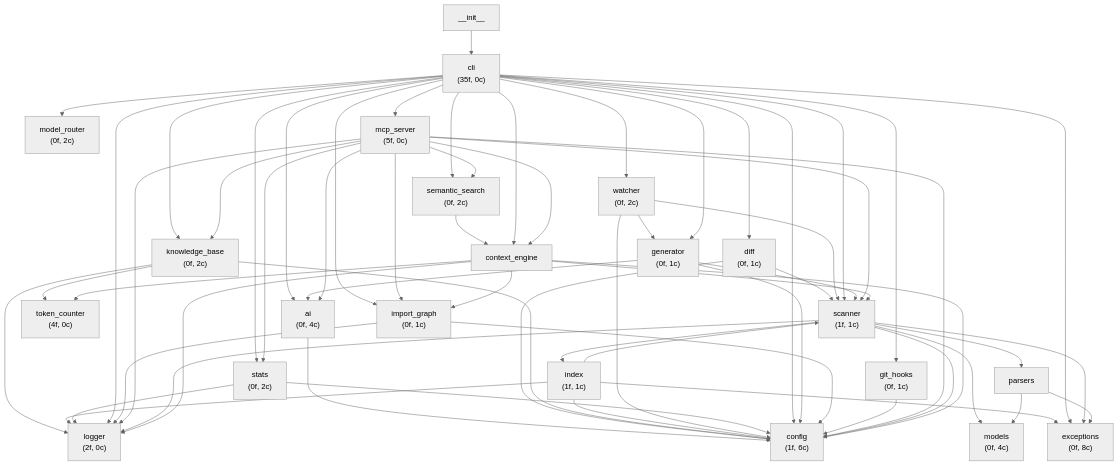
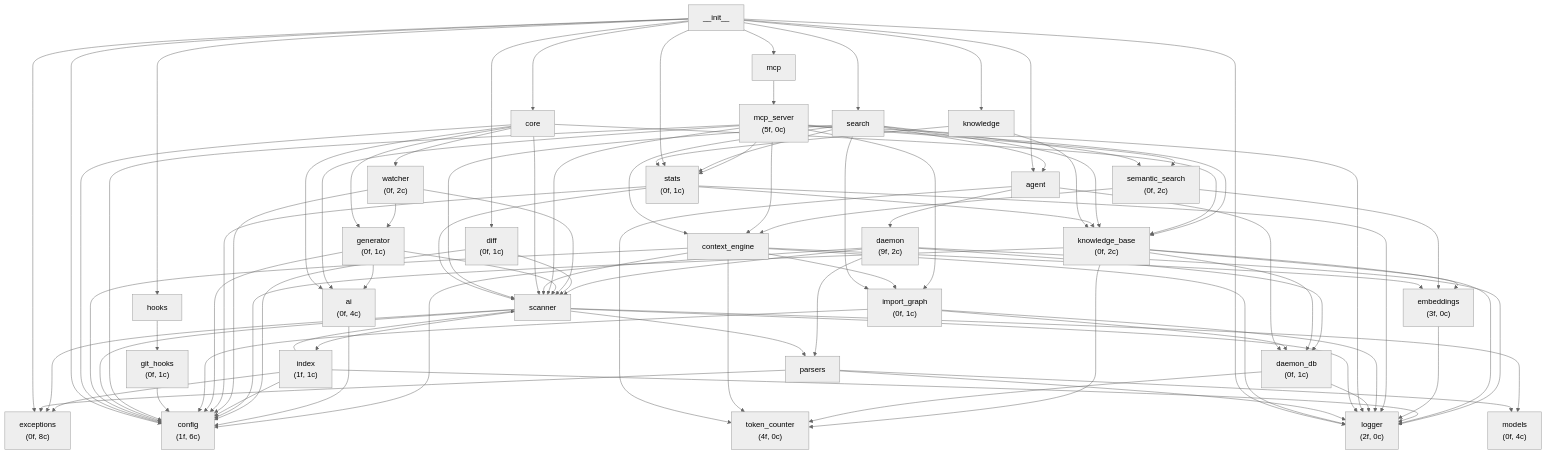
One commit to sushilk1991/know-cli changed the diagram in docs/architecture.md. Above: the diagram before and after it, drawn with Mermaid (neutral theme). The commit also changed 3 other files, not shown here.

````diff
--- a/docs/architecture.md
+++ b/docs/architecture.md
@@ -3,32 +3,39 @@
 ```mermaid
 graph TB
+    daemon["daemon\n(9f, 2c)"]
     ai["ai\n(0f, 4c)"]
     diff["diff\n(0f, 1c)"]
     knowledge_base["knowledge_base\n(0f, 2c)"]
     index["index\n(1f, 1c)"]
     logger["logger\n(2f, 0c)"]
     watcher["watcher\n(0f, 2c)"]
+    embeddings["embeddings\n(3f, 0c)"]
     models["models\n(0f, 4c)"]
     token_counter["token_counter\n(4f, 0c)"]
-    model_router["model_router\n(0f, 2c)"]
-    stats["stats\n(0f, 2c)"]
+    stats["stats\n(0f, 1c)"]
     semantic_search["semantic_search\n(0f, 2c)"]
     __init__["__init__"]
-    cli["cli\n(35f, 0c)"]
     generator["generator\n(0f, 1c)"]
     config["config\n(1f, 6c)"]
     import_graph["import_graph\n(0f, 1c)"]
     exceptions["exceptions\n(0f, 8c)"]
     git_hooks["git_hooks\n(0f, 1c)"]
+    daemon_db["daemon_db\n(0f, 1c)"]
     mcp_server["mcp_server\n(5f, 0c)"]
-    scanner["scanner\n(1f, 1c)"]
 
+    daemon --> config
+    daemon --> daemon_db
+    daemon --> logger
+    daemon --> parsers
+    daemon --> scanner
     ai --> config
     diff --> config
     diff --> scanner
     knowledge_base --> logger
     knowledge_base --> config
+    knowledge_base --> daemon_db
     knowledge_base --> token_counter
+    knowledge_base --> embeddings
     index --> exceptions
     index --> logger
     index --> config
@@ -36,32 +43,20 @@
     watcher --> config
     watcher --> scanner
     watcher --> generator
+    embeddings --> logger
     stats --> logger
     stats --> config
+    semantic_search --> embeddings
     semantic_search --> context_engine
-    __init__ --> cli
-    cli --> config
-    cli --> scanner
-    cli --> generator
-    cli --> watcher
-    cli --> ai
-    cli --> git_hooks
-    cli --> logger
-    cli --> exceptions
-    cli --> semantic_search
-    cli --> context_engine
-    cli --> import_graph
-    cli --> diff
-    cli --> knowledge_base
-    cli --> stats
-    cli --> model_router
-    cli --> mcp_server
     generator --> config
     generator --> scanner
     generator --> ai
     import_graph --> logger
     import_graph --> config
+    import_graph --> daemon_db
     git_hooks --> config
+    daemon_db --> logger
+    daemon_db --> token_counter
     mcp_server --> logger
     mcp_server --> config
     mcp_server --> context_engine
@@ -79,9 +74,44 @@
     scanner --> index
     parsers --> exceptions
     parsers --> models
+    parsers --> logger
     context_engine --> token_counter
     context_engine --> logger
+    context_engine --> embeddings
     context_engine --> config
     context_engine --> scanner
     context_engine --> import_graph
+    hooks --> git_hooks
+    core --> config
+    core --> scanner
+    core --> generator
+    core --> ai
+    core --> watcher
+    core --> knowledge_base
+    search --> scanner
+    search --> agent
+    search --> context_engine
+    search --> import_graph
+    search --> semantic_search
+    search --> stats
+    search --> knowledge_base
+    stats --> scanner
+    stats --> knowledge_base
+    __init__ --> config
+    __init__ --> logger
+    __init__ --> exceptions
+    __init__ --> core
+    __init__ --> search
+    __init__ --> knowledge
+    __init__ --> stats
+    __init__ --> hooks
+    __init__ --> mcp
+    __init__ --> agent
+    __init__ --> diff
+    knowledge --> knowledge_base
+    knowledge --> stats
+    agent --> daemon_db
+    agent --> token_counter
+    agent --> daemon
+    mcp --> mcp_server
 ```
````
